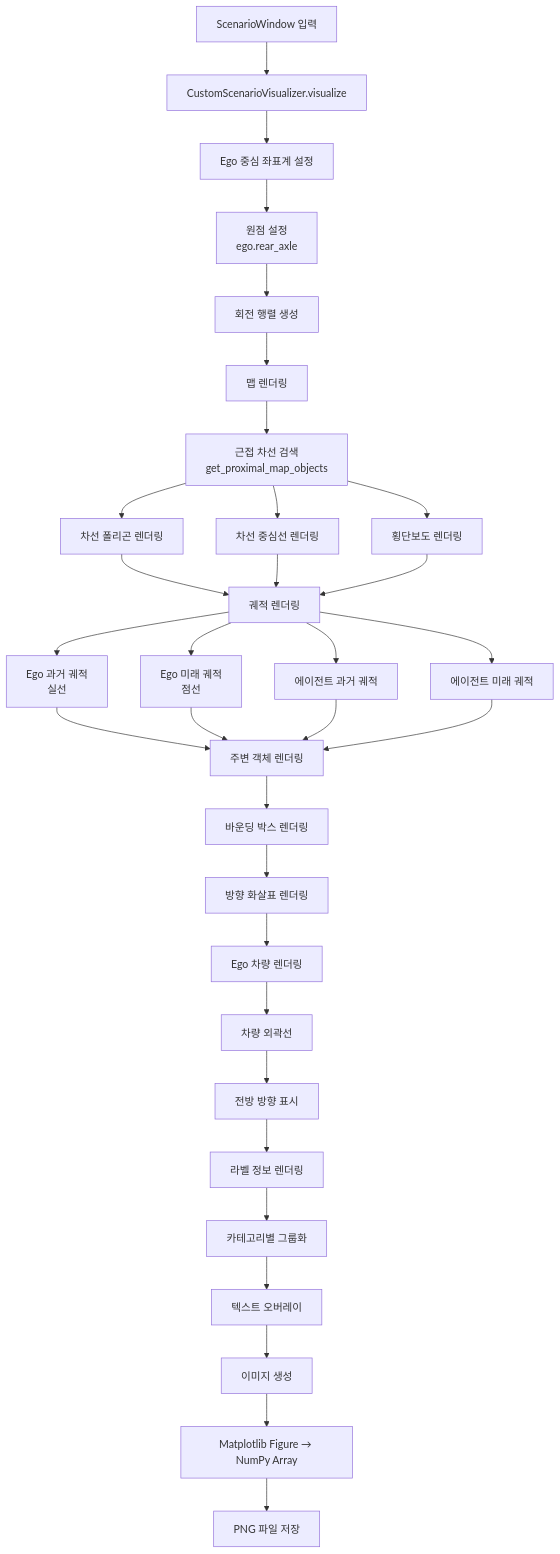
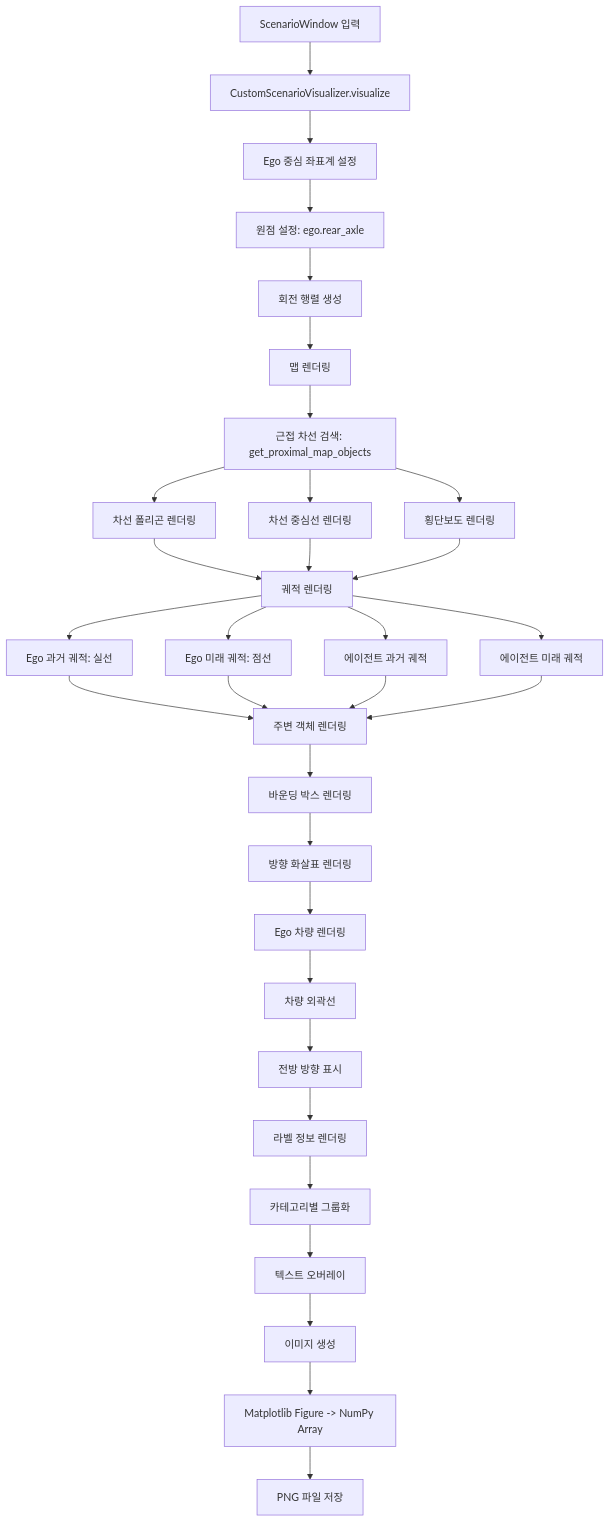
The first of 2 diagrams in doc/06_visualization.md (etri/ad_scenario_classifier), drawn with Mermaid before and after one commit. The commit also changed other lines of this file and 5 other files, not shown here.

````diff
--- a/doc/06_visualization.md
+++ b/doc/06_visualization.md
@@ -107,42 +107,42 @@
 ```mermaid
 flowchart TD
     A[ScenarioWindow 입력] --> B[CustomScenarioVisualizer.visualize]
     B --> C[Ego 중심 좌표계 설정]
-    C --> C1[원점 설정<br/>ego.rear_axle]
+    C --> C1["원점 설정: ego.rear_axle"]
     C1 --> C2[회전 행렬 생성]
     
     C2 --> D[맵 렌더링]
-    D --> D1[근접 차선 검색<br/>get_proximal_map_objects]
+    D --> D1["근접 차선 검색: get_proximal_map_objects"]
     D1 --> D2[차선 폴리곤 렌더링]
     D1 --> D3[차선 중심선 렌더링]
     D1 --> D4[횡단보도 렌더링]
     
     D2 --> E[궤적 렌더링]
     D3 --> E
     D4 --> E
     
-    E --> E1[Ego 과거 궤적<br/>실선]
-    E --> E2[Ego 미래 궤적<br/>점선]
+    E --> E1["Ego 과거 궤적: 실선"]
+    E --> E2["Ego 미래 궤적: 점선"]
     E --> E3[에이전트 과거 궤적]
     E --> E4[에이전트 미래 궤적]
     
     E1 --> F[주변 객체 렌더링]
     E2 --> F
     E3 --> F
     E4 --> F
     
     F --> F1[바운딩 박스 렌더링]
     F1 --> F2[방향 화살표 렌더링]
     
     F2 --> G[Ego 차량 렌더링]
     G --> G1[차량 외곽선]
     G1 --> G2[전방 방향 표시]
     
     G2 --> H[라벨 정보 렌더링]
     H --> H1[카테고리별 그룹화]
     H1 --> H2[텍스트 오버레이]
     
     H2 --> I[이미지 생성]
-    I --> I1[Matplotlib Figure → NumPy Array]
+    I --> I1["Matplotlib Figure -> NumPy Array"]
     I1 --> I2[PNG 파일 저장]
 ```
````
